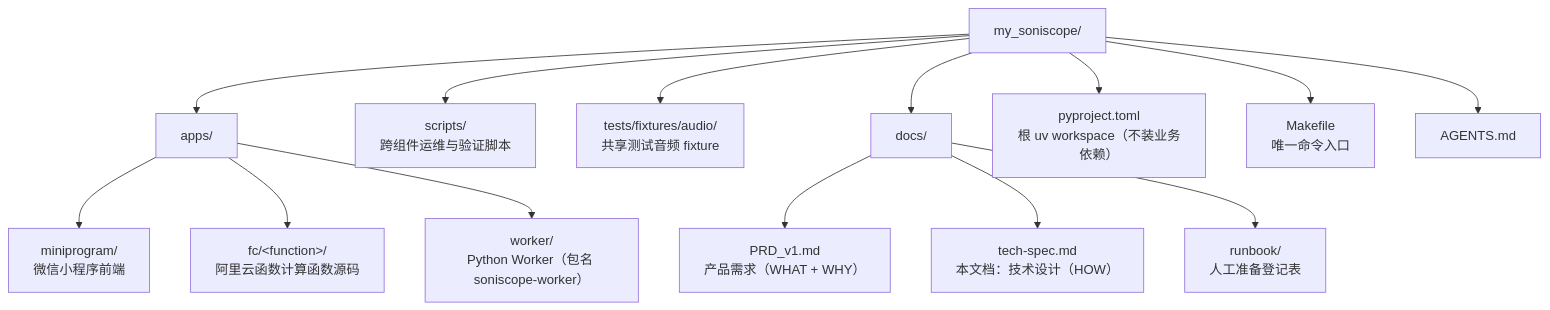
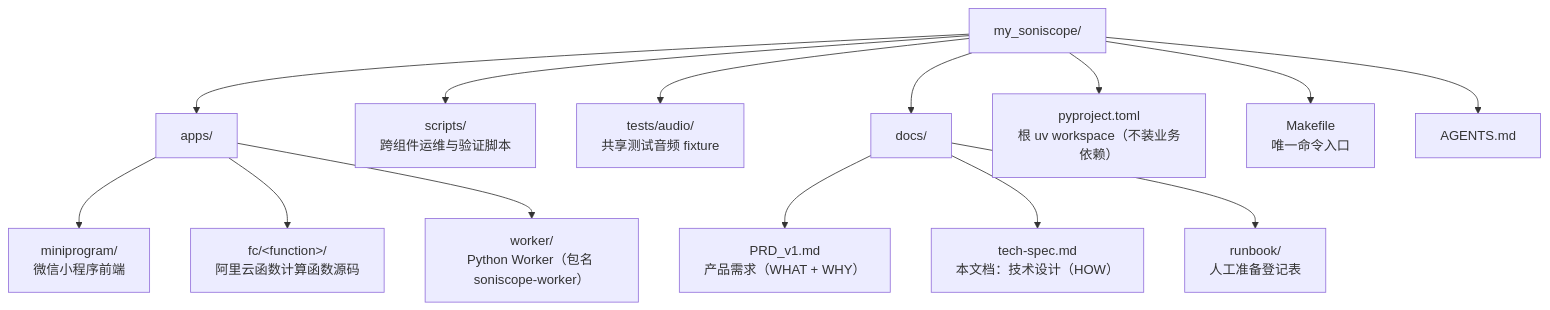
The second of 6 diagrams in docs/tech-spec.md (PhycheL/Soniscope), drawn with Mermaid before and after one commit. The commit also changed 2 other files, not shown here.

Commit message:
docs: 统一测试音频 fixture 路径为 tests/audio/

````diff
--- a/docs/tech-spec.md
+++ b/docs/tech-spec.md
@@ -70,31 +70,31 @@
 ```mermaid
 flowchart TD
     root["my_soniscope/"]
     apps["apps/"]
     miniprogram["miniprogram/<br/>微信小程序前端"]
     fc["fc/&lt;function&gt;/<br/>阿里云函数计算函数源码"]
     worker["worker/<br/>Python Worker（包名 soniscope-worker）"]
     scripts["scripts/<br/>跨组件运维与验证脚本"]
-    audio["tests/fixtures/audio/<br/>共享测试音频 fixture"]
+    audio["tests/audio/<br/>共享测试音频 fixture"]
     docs["docs/"]
     prd["PRD_v1.md<br/>产品需求（WHAT + WHY）"]
     spec["tech-spec.md<br/>本文档：技术设计（HOW）"]
     runbook["runbook/<br/>人工准备登记表"]
     pyproject["pyproject.toml<br/>根 uv workspace（不装业务依赖）"]
     makefile["Makefile<br/>唯一命令入口"]
     agents["AGENTS.md"]
 
     root --> apps
     apps --> miniprogram
     apps --> fc
     apps --> worker
     root --> scripts
     root --> audio
     root --> docs
     docs --> prd
     docs --> spec
     docs --> runbook
     root --> pyproject
     root --> makefile
     root --> agents
 ```
````
